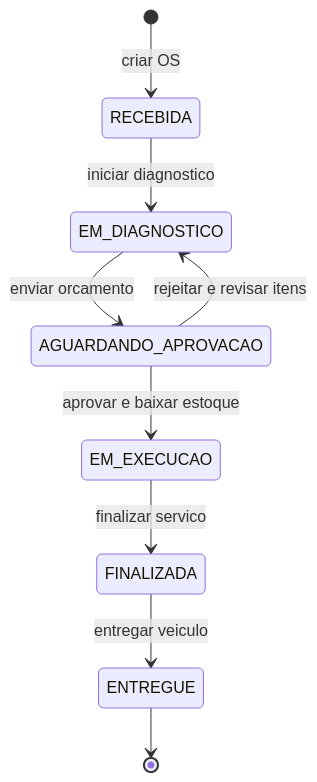
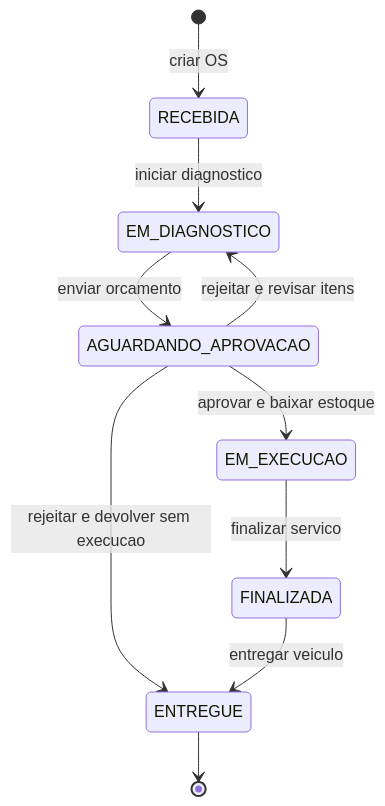
One commit to diegodpcarvalho/fiap-tech-challenge-fase-1 changed the diagram in docs/ddd/source/maquina-estados.mmd. Above: the diagram before and after it, drawn with Mermaid. The commit also changed 30 other files, not shown here.

```diff
--- a/docs/ddd/source/maquina-estados.mmd
+++ b/docs/ddd/source/maquina-estados.mmd
@@ -1,9 +1,10 @@
 stateDiagram-v2
   [*] --> RECEBIDA: criar OS
   RECEBIDA --> EM_DIAGNOSTICO: iniciar diagnostico
   EM_DIAGNOSTICO --> AGUARDANDO_APROVACAO: enviar orcamento
   AGUARDANDO_APROVACAO --> EM_DIAGNOSTICO: rejeitar e revisar itens
+  AGUARDANDO_APROVACAO --> ENTREGUE: rejeitar e devolver sem execucao
   AGUARDANDO_APROVACAO --> EM_EXECUCAO: aprovar e baixar estoque
   EM_EXECUCAO --> FINALIZADA: finalizar servico
   FINALIZADA --> ENTREGUE: entregar veiculo
   ENTREGUE --> [*]
```
